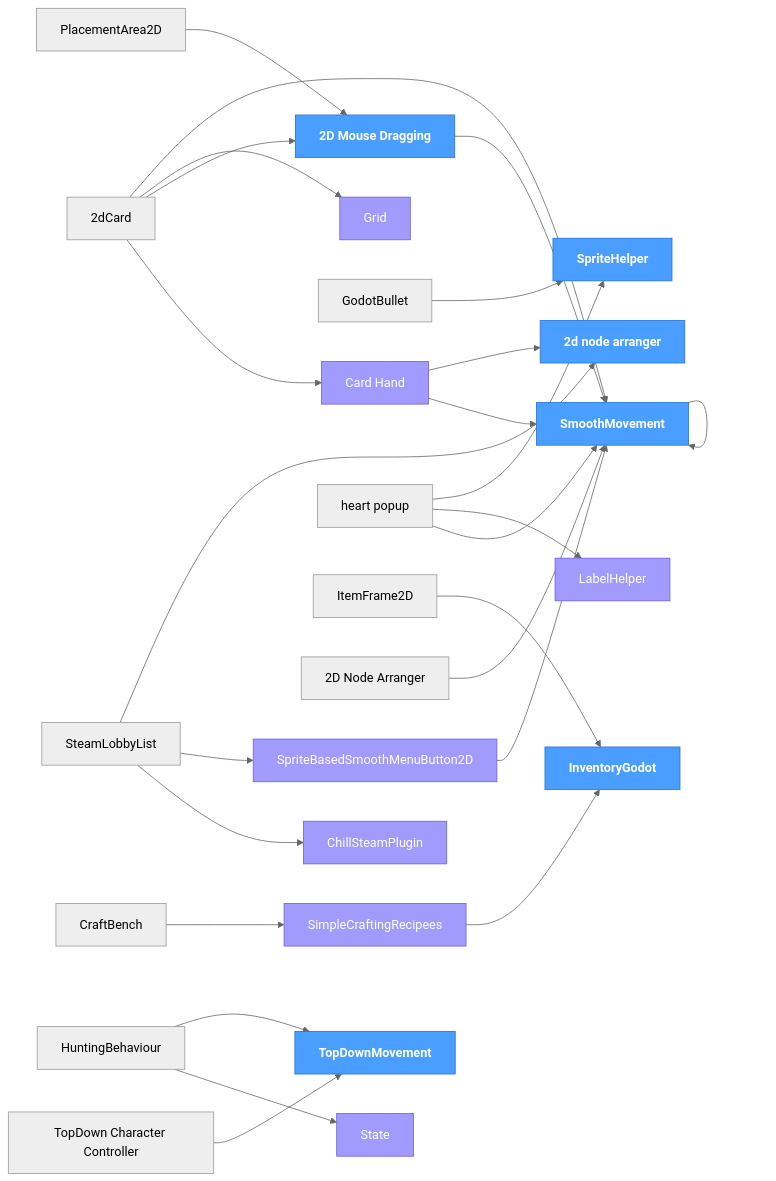
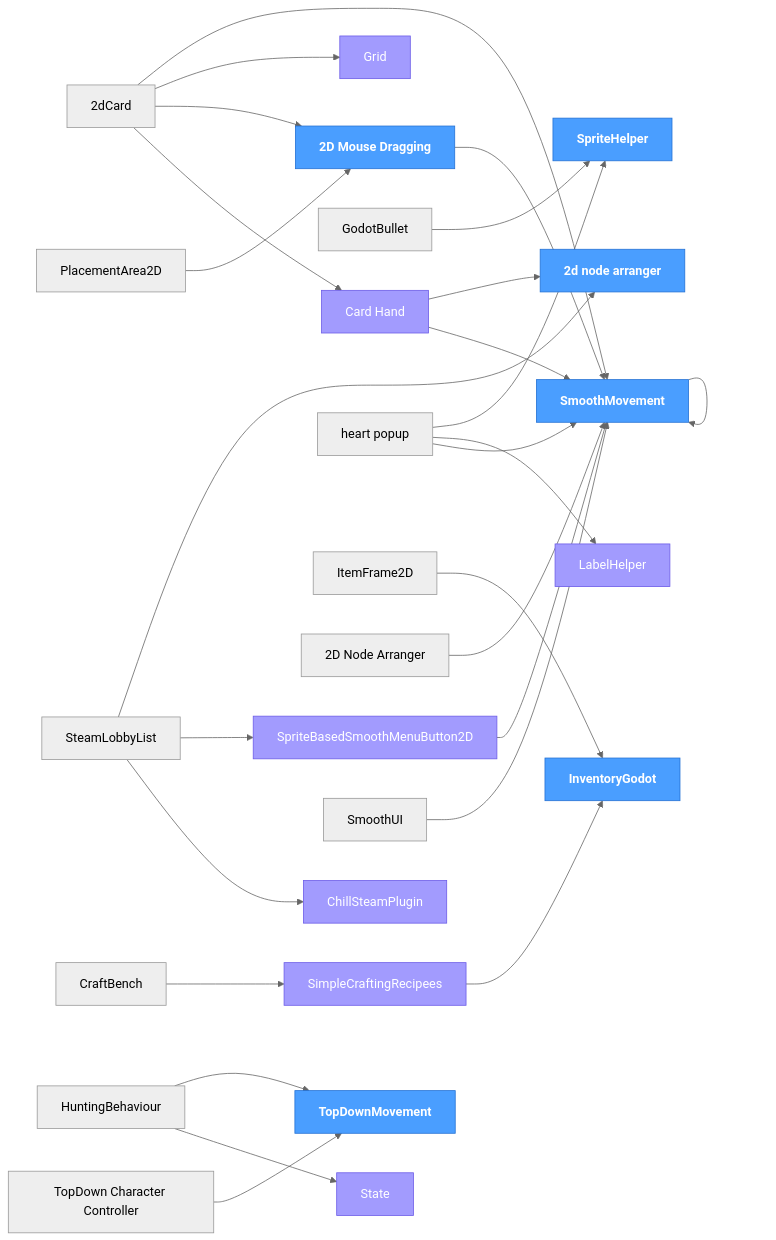
The diagram in ADDONS.md (ChillCube/.github), drawn with Mermaid (neutral theme) before and after one commit. The commit also changed other lines of this file, not shown here.

Commit message:
registry: update dependency tree

```diff
--- a/ADDONS.md
+++ b/ADDONS.md
@@ -117,6 +118,7 @@
     n_2D_Node_Arranger["2D Node Arranger"]
     PlacementArea2D["PlacementArea2D"]
     SimpleCraftingRecipees["SimpleCraftingRecipees"]
+    SmoothUI["SmoothUI"]
     SpriteHelper["SpriteHelper"]
     State["State"]
     SteamLobbyList["SteamLobbyList"]
@@ -143,6 +145,7 @@
     n_2D_Node_Arranger --> Godot_SmoothMovement
     PlacementArea2D --> Godot_2D_Mouse_Dragging
     SimpleCraftingRecipees --> InventoryGodot
+    SmoothUI --> Godot_SmoothMovement
     SteamLobbyList --> ChillSteamPlugin
     SteamLobbyList --> Godot_SpriteBasedSmoothMenuButton2D
     SteamLobbyList --> n_2d_node_arranger
@@ -180,6 +183,7 @@
     click n_2D_Node_Arranger href "https://github.com/ChillCube/2d_node_arranger" _blank
     click PlacementArea2D href "https://github.com/ChillCube/PlacementArea2D" _blank
     click SimpleCraftingRecipees href "https://github.com/ChillCube/SimpleCraftingRecipees" _blank
+    click SmoothUI href "https://github.com/ChillCube/SmoothUI" _blank
     click SpriteHelper href "https://github.com/ChillCube/SpriteHelper" _blank
     click State href "https://github.com/ChillCube/State" _blank
     click SteamLobbyList href "https://github.com/ChillCube/SteamLobbyList" _blank
```
